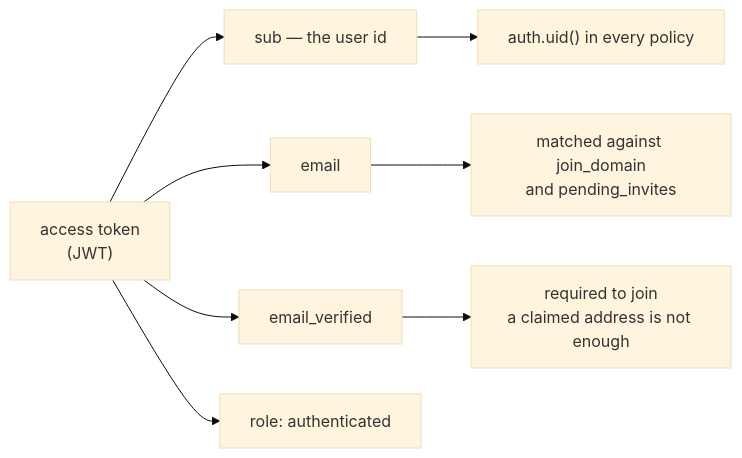
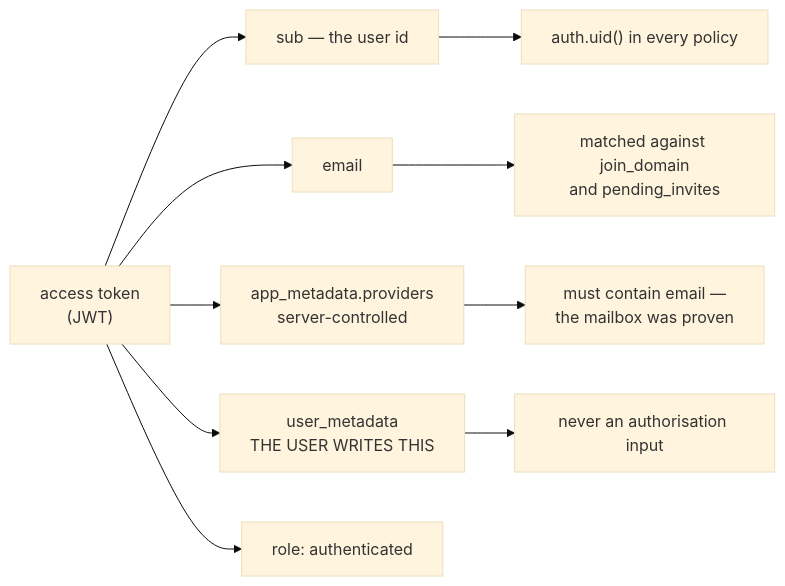
The fifth of 11 diagrams in docs/auth-flow.md (lokumai/ai-engineering-bazaar), drawn with Mermaid (base theme) before and after one commit. The commit also changed other lines of this file and 20 other files, not shown here.

````diff
--- a/docs/auth-flow.md
+++ b/docs/auth-flow.md
@@ -149,11 +149,13 @@
 ```mermaid
 flowchart LR
     T["access token<br/>(JWT)"] --> C1["sub — the user id"]
     T --> C2["email"]
-    T --> C3["email_verified"]
-    T --> C4["role: authenticated"]
+    T --> C3["app_metadata.providers<br/>server-controlled"]
+    T --> C4["user_metadata<br/>THE USER WRITES THIS"]
+    T --> C5["role: authenticated"]
 
     C1 --> U["auth.uid() in every policy"]
     C2 --> J["matched against join_domain<br/>and pending_invites"]
-    C3 --> V["required to join<br/>a claimed address is not enough"]
+    C3 --> V["must contain email —<br/>the mailbox was proven"]
+    C4 --> X["never an authorisation input"]
 ```
````
